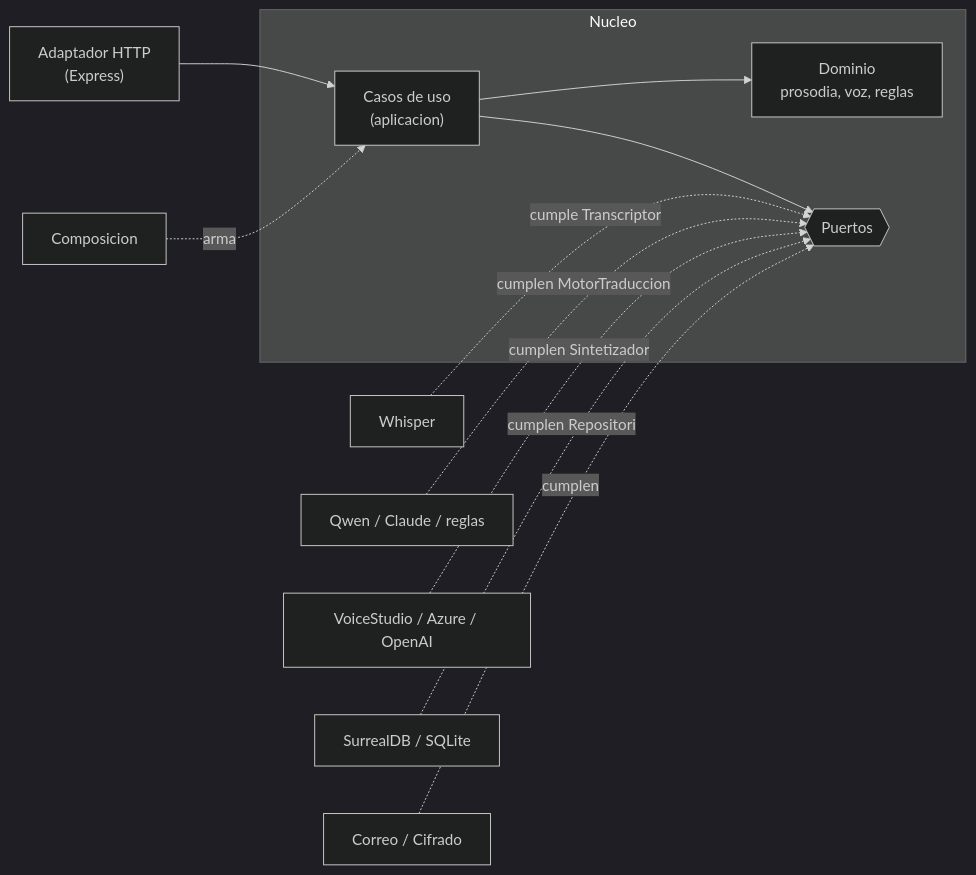
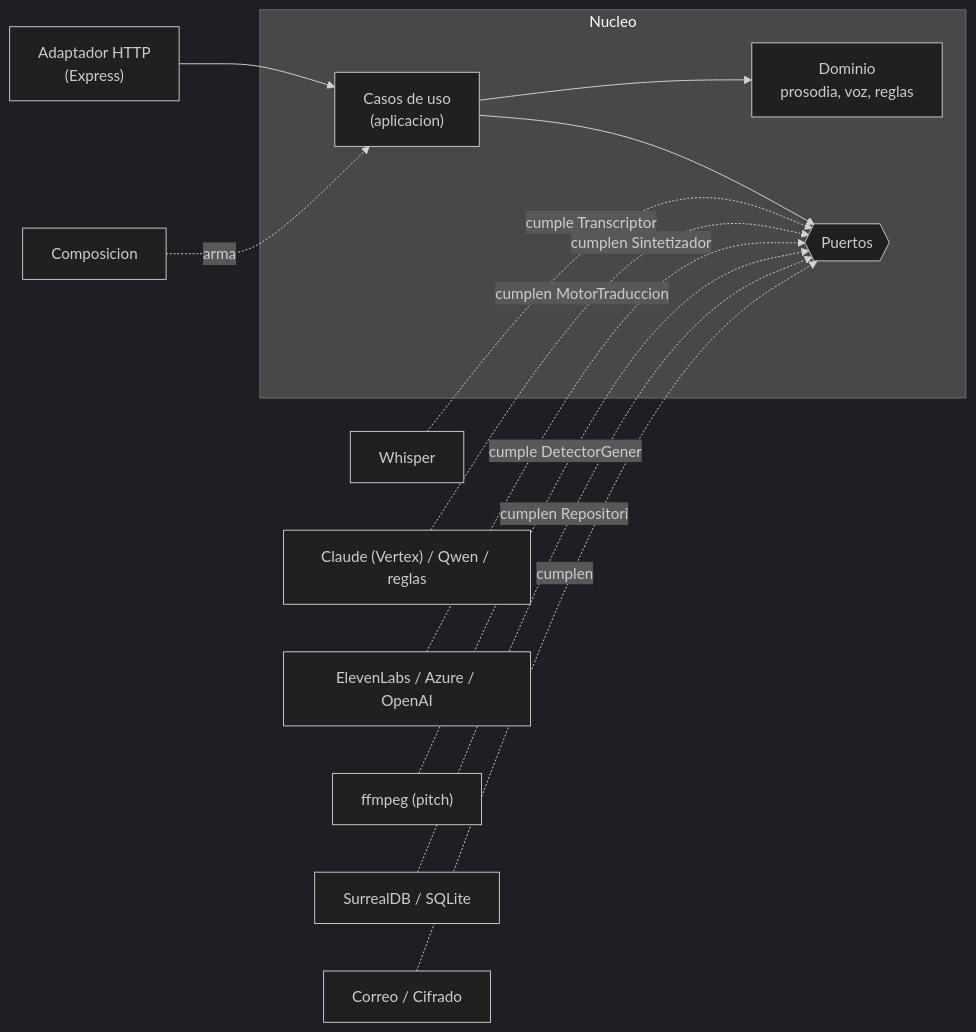
The first of 5 diagrams in entrega/fuente/07_arquitectura.md (Dafatalk/talklate), drawn with Mermaid (dark theme) before and after one commit. The commit also changed other lines of this file and 25 other files, not shown here.

First line of the commit message:
docs: poner al dia la documentacion con Claude en Vertex, ElevenLabs, 9 puertos y 77 pruebas; ADR-020; admin sin contrasena por defecto en produccion

````diff
--- a/entrega/fuente/07_arquitectura.md
+++ b/entrega/fuente/07_arquitectura.md
@@ -62,14 +63,15 @@
 ```mermaid
 flowchart LR
     http["Adaptador HTTP<br/>(Express)"] --> apl
     subgraph nucleo["Nucleo"]
         apl["Casos de uso<br/>(aplicacion)"] --> dom["Dominio<br/>prosodia, voz, reglas"]
         apl --> p{{"Puertos"}}
     end
     w["Whisper"] -.cumple Transcriptor.-> p
-    q["Qwen / Claude / reglas"] -.cumplen MotorTraduccion.-> p
-    v["VoiceStudio / Azure / OpenAI"] -.cumplen Sintetizador.-> p
+    q["Claude (Vertex) / Qwen / reglas"] -.cumplen MotorTraduccion.-> p
+    v["ElevenLabs / Azure / OpenAI"] -.cumplen Sintetizador.-> p
+    g["ffmpeg (pitch)"] -.cumple DetectorGenero.-> p
     r["SurrealDB / SQLite"] -.cumplen Repositorio.-> p
     o["Correo / Cifrado"] -.cumplen.-> p
     c["Composicion"] -.arma.-> apl
 ```
````
